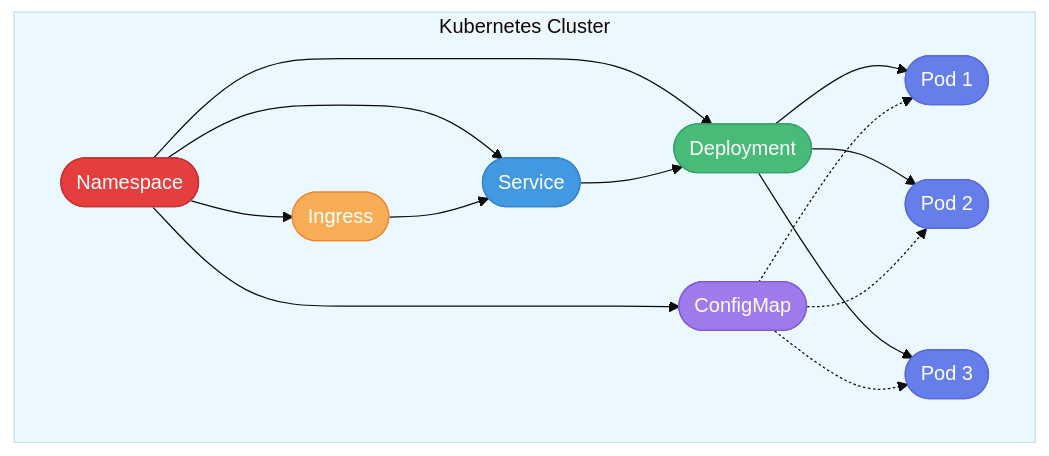
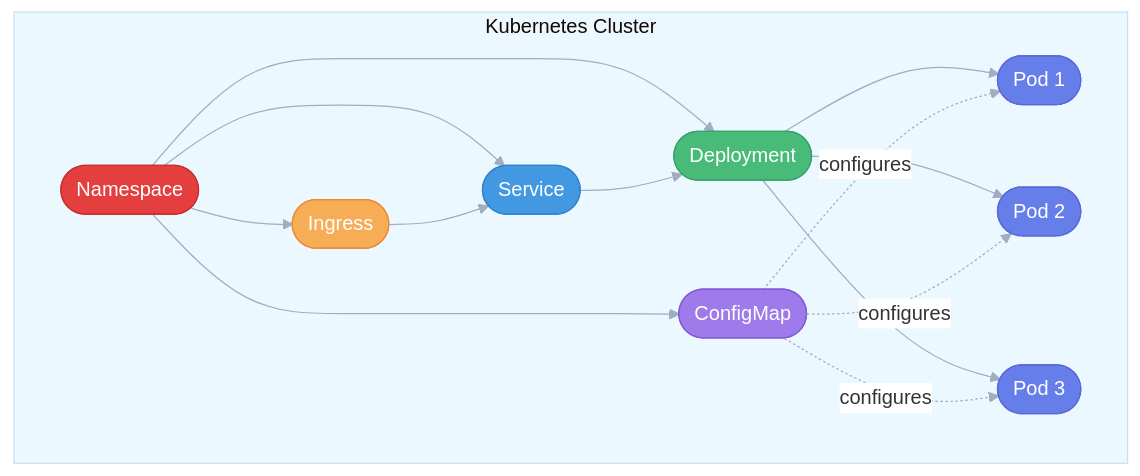
Before and after one commit to DanorSODA/Devops-Course-Final-Project: the third of 5 diagrams in README.md, drawn with Mermaid. The commit also changed other lines of this file, not shown here.

Commit message:
change arrow color on readme graph

````diff
--- a/README.md
+++ b/README.md
@@ -92,27 +92,27 @@
 ```mermaid
-%%{init: {'theme': 'base', 'themeVariables': { 'primaryColor': '#667eea', 'edgeLabelBackground':'#ffffff', 'tertiaryColor': '#ebf8ff'}}}%%
+%%{init: {'theme': 'base', 'themeVariables': { 'primaryColor': '#667eea', 'edgeLabelBackground':'#ffffff', 'tertiaryColor': '#ebf8ff', 'lineColor': '#a0aec0'}}}%%
 graph TD
     subgraph "Kubernetes Cluster"
         N([Namespace]):::namespace --> A([Ingress]):::ingress
         N --> B([Service]):::svc
         N --> C([Deployment]):::deploy
         N --> G([ConfigMap]):::config
 
         A --> B
         B --> C
         C --> D([Pod 1]):::pod
         C --> E([Pod 2]):::pod
         C --> F([Pod 3]):::pod
 
-        G -.-> D
-        G -.-> E
-        G -.-> F
+        G -.configures.-> D
+        G -.configures.-> E
+        G -.configures.-> F
     end
 
     classDef namespace fill:#e53e3e,stroke:#c53030,color:#fff
     classDef ingress fill:#f6ad55,stroke:#ed8936,color:#fff
     classDef svc fill:#4299e1,stroke:#3182ce,color:#fff
     classDef deploy fill:#48bb78,stroke:#38a169,color:#fff
     classDef pod fill:#667eea,stroke:#5a67d8,color:#fff
     classDef config fill:#9f7aea,stroke:#805ad5,color:#fff
 ```
````
